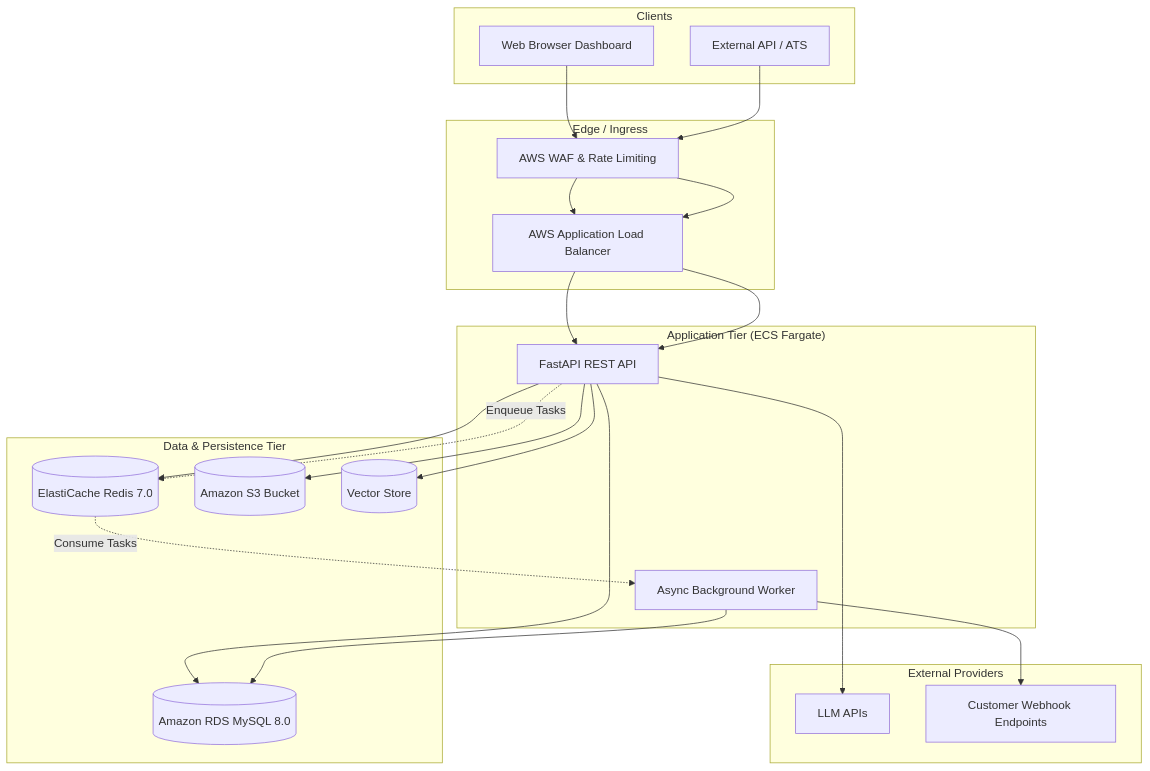
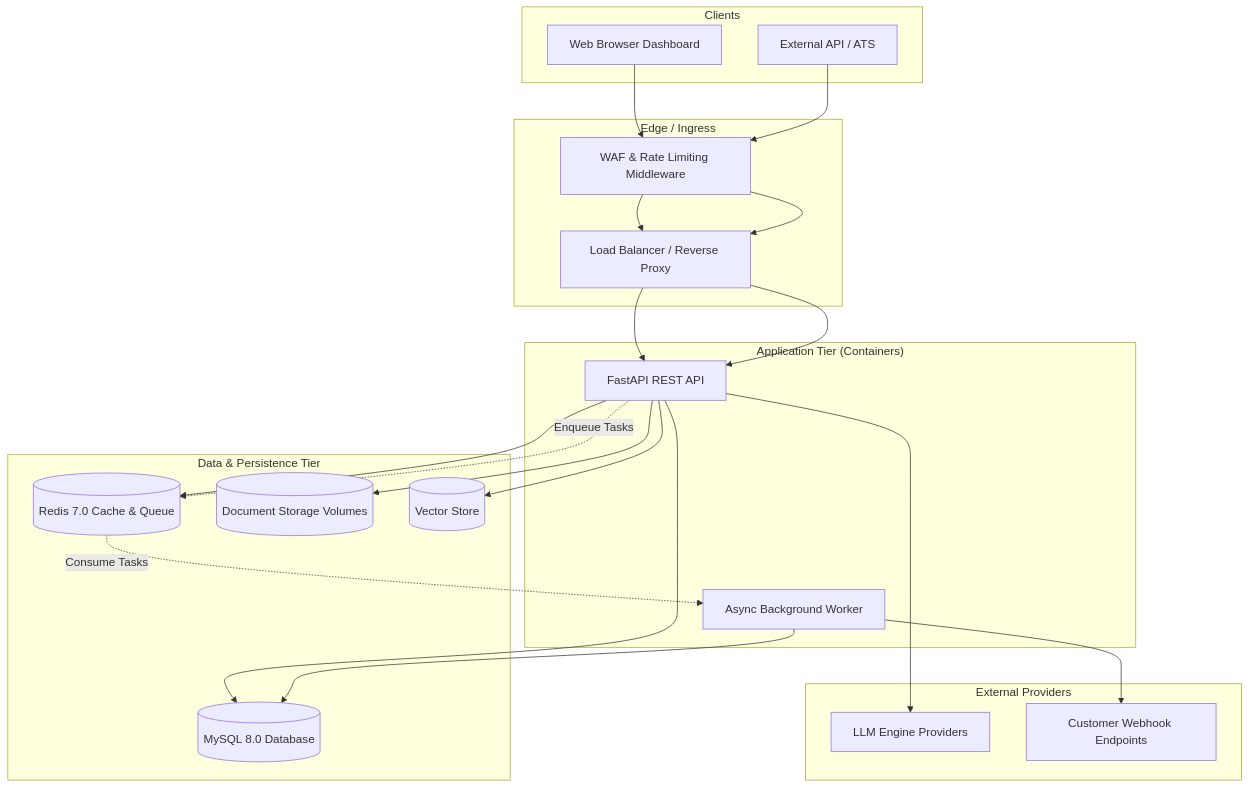
Before and after one commit to Raghu9855/CareerAi: the second of 4 diagrams in PRD.md, drawn with Mermaid. The commit also changed other lines of this file and 50 other files, not shown here.

Commit message:
feat: redesign UI with Apple-inspired aesthetic and migrate storage to cloud-agnostic container architecture

````diff
--- a/PRD.md
+++ b/PRD.md
@@ -177,41 +177,41 @@
 ```mermaid
 graph TB
     subgraph "Clients"
         Web[Web Browser Dashboard]
         APIClient[External API / ATS]
     end
 
     subgraph "Edge / Ingress"
-        ALB[AWS Application Load Balancer]
-        WAF[AWS WAF & Rate Limiting]
+        LB[Load Balancer / Reverse Proxy]
+        WAF[WAF & Rate Limiting Middleware]
     end
 
-    subgraph "Application Tier (ECS Fargate)"
+    subgraph "Application Tier (Containers)"
         FastAPI[FastAPI REST API]
         Worker[Async Background Worker]
     end
 
     subgraph "Data & Persistence Tier"
-        RDS[(Amazon RDS MySQL 8.0)]
-        Redis[(ElastiCache Redis 7.0)]
-        S3[(Amazon S3 Bucket)]
+        MySQL[(MySQL 8.0 Database)]
+        Redis[(Redis 7.0 Cache & Queue)]
+        Storage[(Document Storage Volumes)]
         Chroma[(Vector Store)]
     end
 
     subgraph "External Providers"
-        OpenAI[LLM APIs]
+        LLM[LLM Engine Providers]
         CustomerWebhook[Customer Webhook Endpoints]
     end
 
-    Web --> WAF --> ALB --> FastAPI
-    APIClient --> WAF --> ALB --> FastAPI
-    FastAPI --> RDS
+    Web --> WAF --> LB --> FastAPI
+    APIClient --> WAF --> LB --> FastAPI
+    FastAPI --> MySQL
     FastAPI --> Redis
-    FastAPI --> S3
+    FastAPI --> Storage
     FastAPI --> Chroma
-    FastAPI --> OpenAI
+    FastAPI --> LLM
     FastAPI -.->|Enqueue Tasks| Redis
     Redis -.->|Consume Tasks| Worker
-    Worker --> RDS
+    Worker --> MySQL
     Worker --> CustomerWebhook
 ```
````
